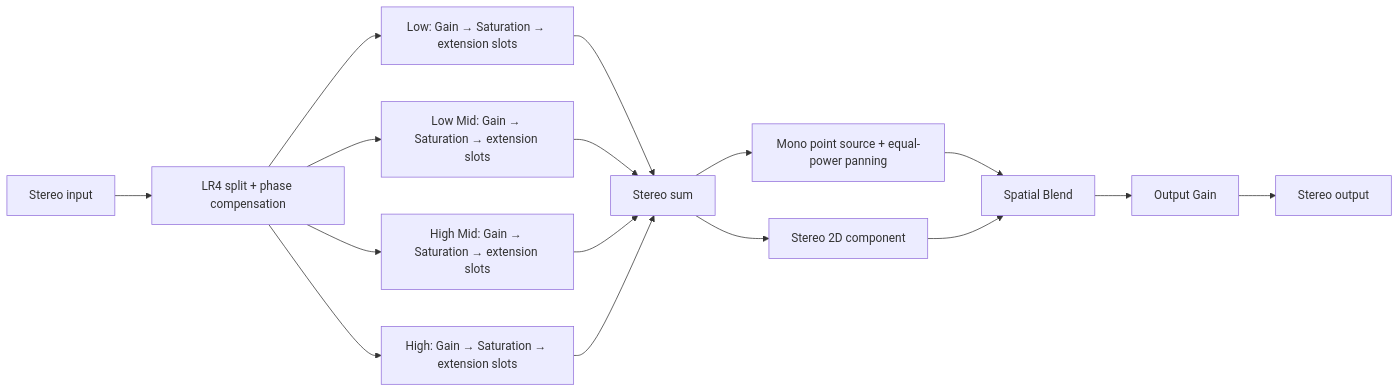
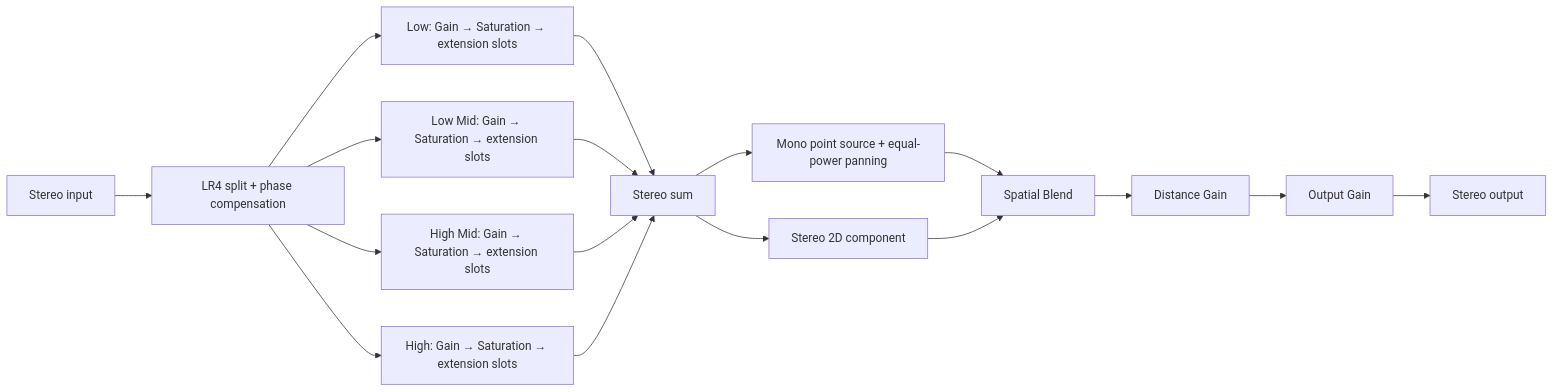
The diagram in Spatializer/Docs/SpatializerFourBandDesign.md (Twisngm/Spetializer), drawn with Mermaid before and after one commit. The commit also changed other lines of this file and 8 other files, not shown here.

````diff
--- a/Spatializer/Docs/SpatializerFourBandDesign.md
+++ b/Spatializer/Docs/SpatializerFourBandDesign.md
@@ -16,18 +16,19 @@
 ```mermaid
 flowchart LR
     Input["Stereo input"] --> Split["LR4 split + phase compensation"]
     Split --> Low["Low: Gain → Saturation → extension slots"]
     Split --> LM["Low Mid: Gain → Saturation → extension slots"]
     Split --> HM["High Mid: Gain → Saturation → extension slots"]
     Split --> High["High: Gain → Saturation → extension slots"]
     Low --> Sum["Stereo sum"]
     LM --> Sum
     HM --> Sum
     High --> Sum
     Sum --> Spatial["Mono point source + equal-power panning"]
     Sum --> Dry["Stereo 2D component"]
     Spatial --> Blend["Spatial Blend"]
     Dry --> Blend
-    Blend --> Gain["Output Gain"]
+    Blend --> DistanceGain["Distance Gain"]
+    DistanceGain --> Gain["Output Gain"]
     Gain --> Output["Stereo output"]
 ```
````
